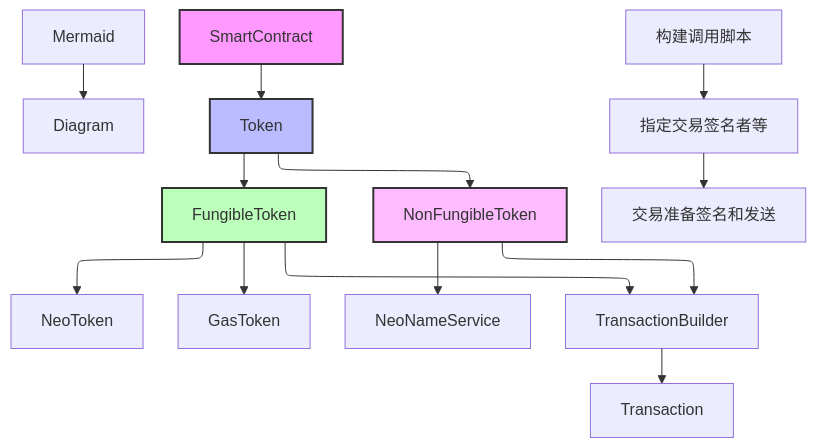
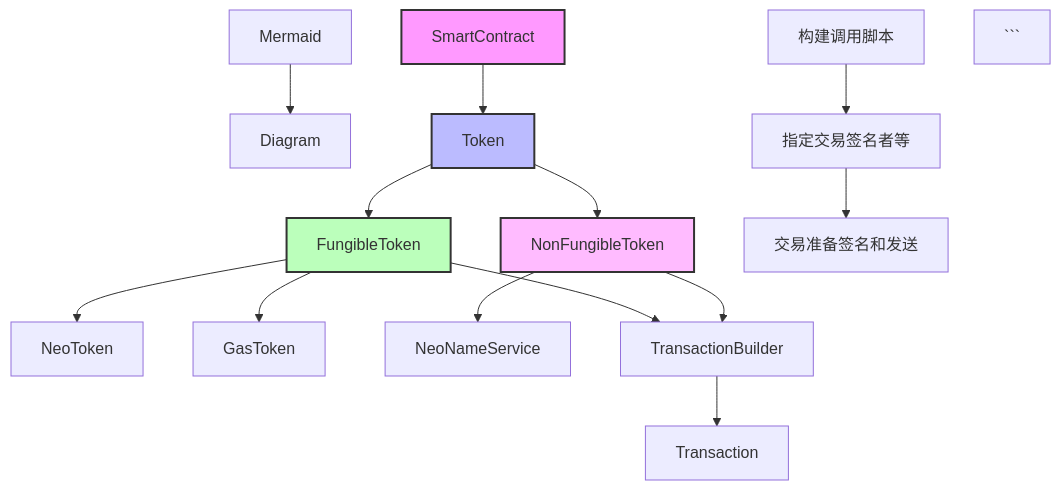
Before and after one commit to OS-Lihua/gitbook: the diagram in neo/java/dapp-kai-fa/dai-bi-he-yue.md, drawn with Mermaid.

Commit message:
GITBOOK-8: No subject

`````diff
--- a/neo/java/dapp-kai-fa/dai-bi-he-yue.md
+++ b/neo/java/dapp-kai-fa/dai-bi-he-yue.md
@@ -7,25 +7,22 @@
-```mermaid
----
-config:
-  layout: elk
----
+````mermaid
+
 graph TD
   Mermaid --> Diagram
   A[SmartContract] --> B[Token]   
   B --> C[FungibleToken]
   B --> D[NonFungibleToken]
   C --> E[NeoToken]
   C --> F[GasToken]
   D --> G[NeoNameService]
     
   H[构建调用脚本] --> I[指定交易签名者等] --> J[交易准备签名和发送]
   C --> K[TransactionBuilder]
   D --> K
   K --> L[Transaction]
     
   style A fill:#f9f,stroke:#333,stroke-width:2px
   style B fill:#bbf,stroke:#333,stroke-width:2px
   style C fill:#bfb,stroke:#333,stroke-width:2px
   style D fill:#fbf,stroke:#333,stroke-width:2px
-
 ```
+````
`````
